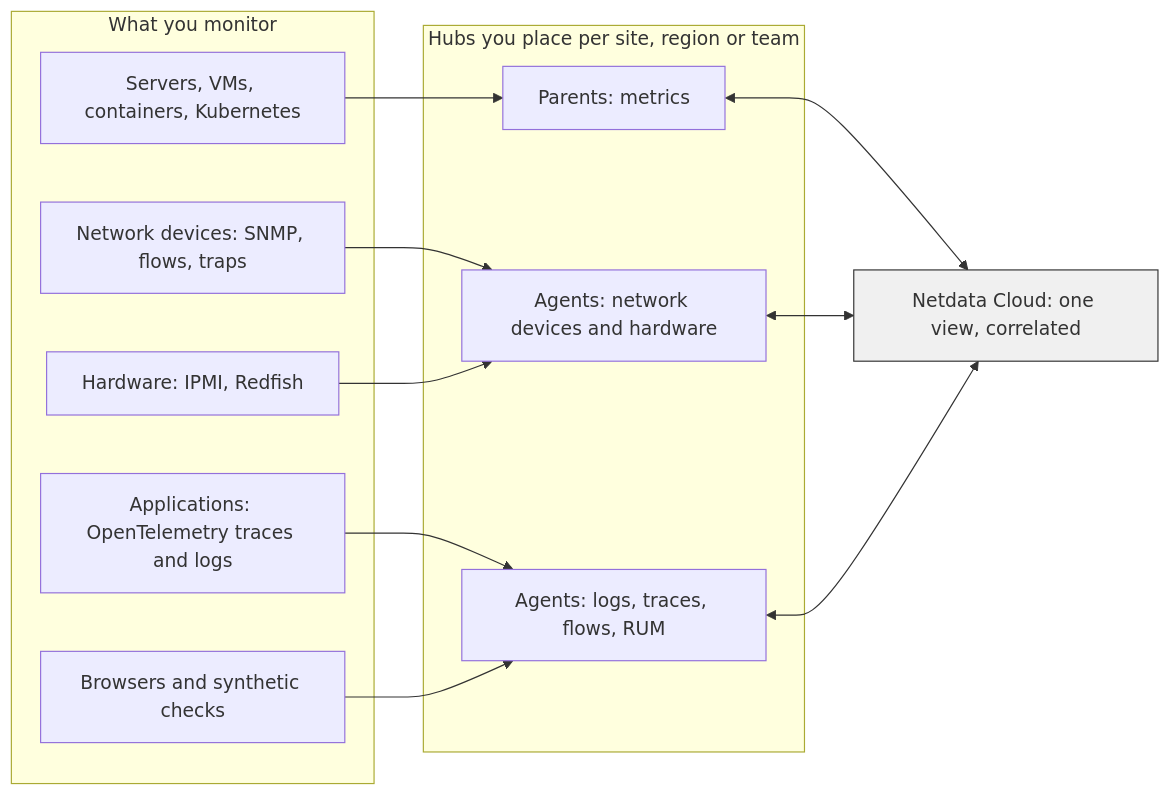
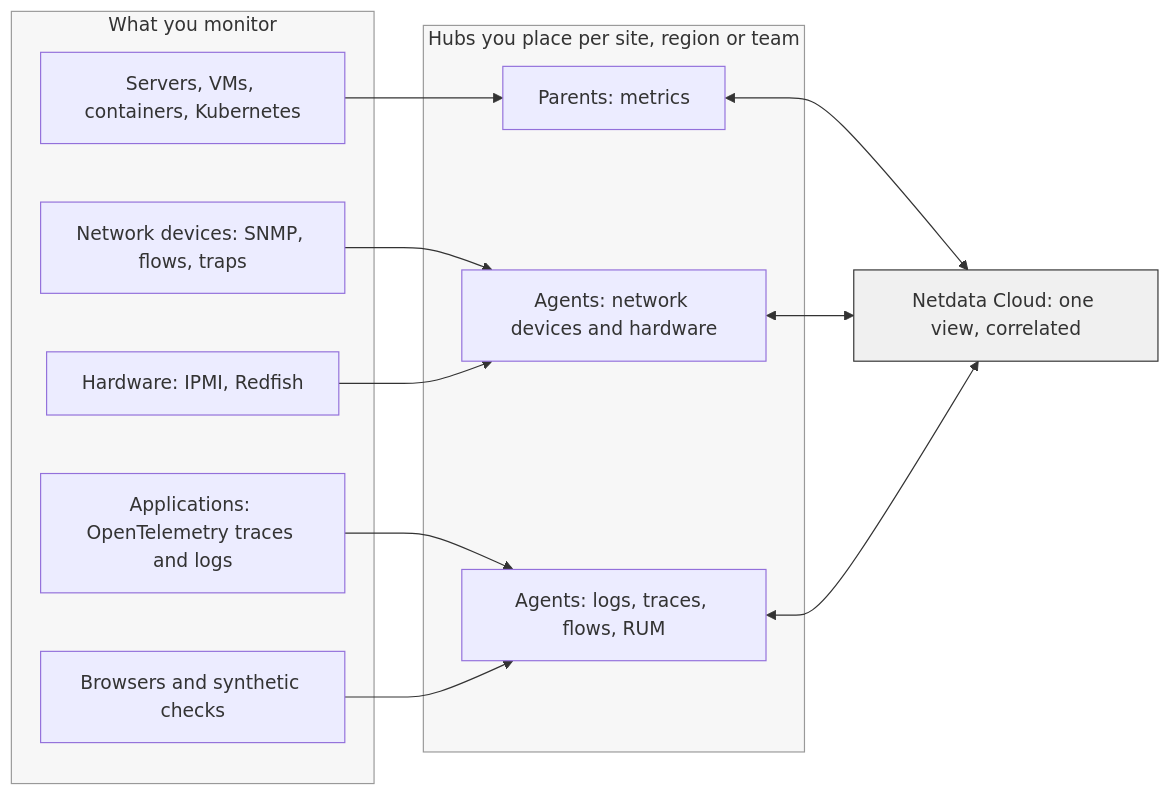
One commit to netdata/netdata changed the first of 2 diagrams in README.md. Above: the diagram before and after it, drawn with Mermaid.

Commit message:
README: drop the default yellow from the hubs diagram groups
Claude-Session: https://claude.ai/code/session_01VME5PfduhZYAxumF6EUDCo

````diff
--- a/README.md
+++ b/README.md
@@ -225,26 +225,28 @@
 ```mermaid
 flowchart LR
   subgraph Sources[What you monitor]
     S1[Servers, VMs, containers, Kubernetes]
     S2[Network devices: SNMP, flows, traps]
     S3[Hardware: IPMI, Redfish]
     S4[Applications: OpenTelemetry traces and logs]
     S5[Browsers and synthetic checks]
   end
   subgraph Hubs[Hubs you place per site, region or team]
     H1[Parents: metrics]
     H2[Agents: network devices and hardware]
     H3[Agents: logs, traces, flows, RUM]
   end
   C[Netdata Cloud: one view, correlated]:::mainNode
   S1 --> H1
   S2 --> H2
   S3 --> H2
   S4 --> H3
   S5 --> H3
   H1 <--> C
   H2 <--> C
   H3 <--> C
 
+  style Sources fill:#f7f7f7,stroke:#999
+  style Hubs fill:#f7f7f7,stroke:#999
   classDef mainNode fill:#f0f0f0,stroke:#333,stroke-width:1px,color:#333
 ```
````
